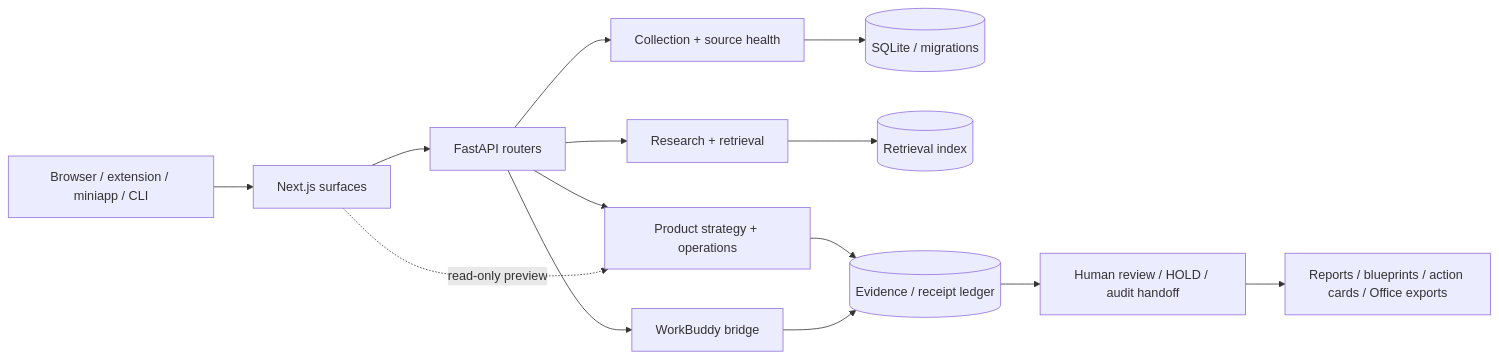
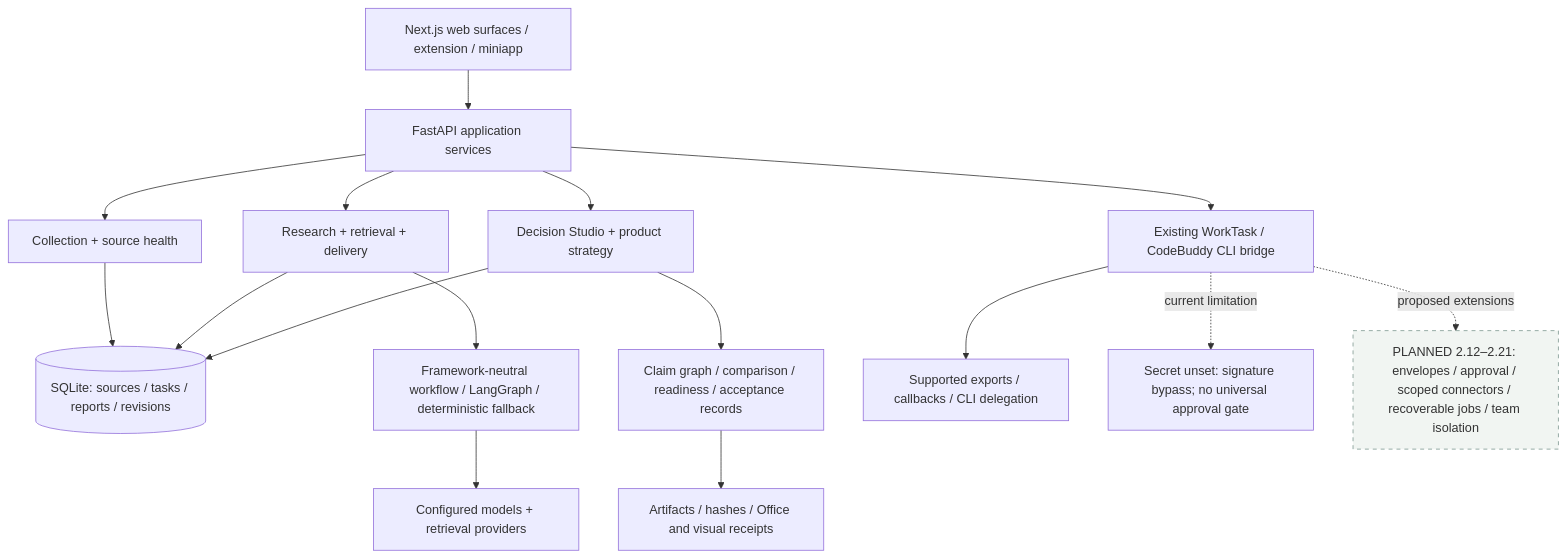
One commit to ChrisChen667788/antifomo changed the diagram in docs/diagrams/architecture.mmd. Above: the diagram before and after it, drawn with Mermaid. The commit also changed 68 other files, not shown here.

Commit message:
docs: complete product launch kit and WorkBuddy integration plan

```diff
--- a/docs/diagrams/architecture.mmd
+++ b/docs/diagrams/architecture.mmd
@@ -1,14 +1,19 @@
-flowchart LR
-  U[Browser / extension / miniapp / CLI] --> N[Next.js surfaces]
-  N --> API[FastAPI routers]
-  API --> IN[Collection + source health]
-  API --> RS[Research + retrieval]
-  API --> PS[Product strategy + operations]
-  API --> WB[WorkBuddy bridge]
-  IN --> DB[(SQLite / migrations)]
-  RS --> IDX[(Retrieval index)]
-  PS --> LEDGER[(Evidence / receipt ledger)]
-  WB --> LEDGER
-  N -. read-only preview .-> PS
-  LEDGER --> G[Human review / HOLD / audit handoff]
-  G --> OUT[Reports / blueprints / action cards / Office exports]
+flowchart TD
+  UI[Next.js web surfaces / extension / miniapp] --> API[FastAPI application services]
+  API --> COL[Collection + source health]
+  API --> RS[Research + retrieval + delivery]
+  API --> DS[Decision Studio + product strategy]
+  API --> WB[Existing WorkTask / CodeBuddy CLI bridge]
+  COL --> DB[(SQLite: sources / tasks / reports / revisions)]
+  RS --> DB
+  DS --> DB
+  RS --> WF[Framework-neutral workflow / LangGraph / deterministic fallback]
+  WF --> EXT[Configured models + retrieval providers]
+  DS --> EV[Claim graph / comparison / readiness / acceptance records]
+  EV --> FILES[Artifacts / hashes / Office and visual receipts]
+  WB --> OUT[Supported exports / callbacks / CLI delegation]
+  WB -. current limitation .-> LIM[Secret unset: signature bypass; no universal approval gate]
+  FUT[PLANNED 2.12–2.21: envelopes / approval / scoped connectors / recoverable jobs / team isolation]
+  WB -. proposed extensions .-> FUT
+  classDef planned fill:#f1f5f2,stroke:#7d9690,stroke-dasharray:5 5;
+  class FUT planned;
```
